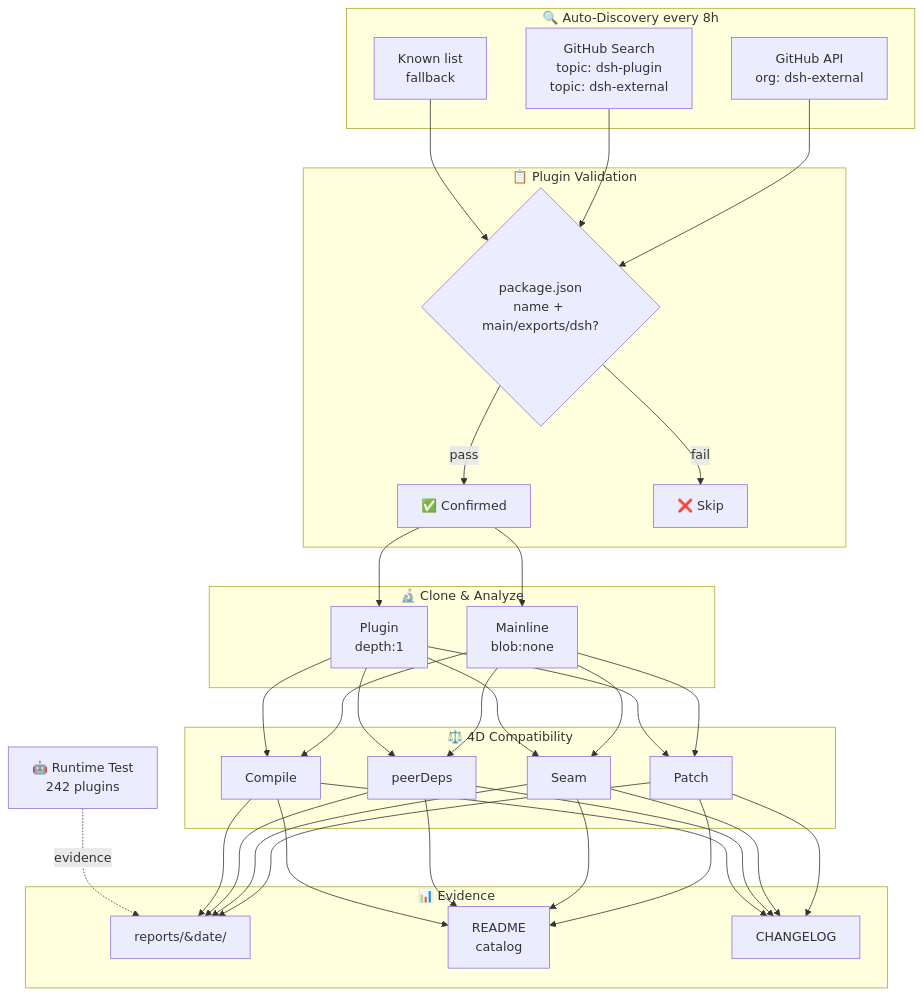
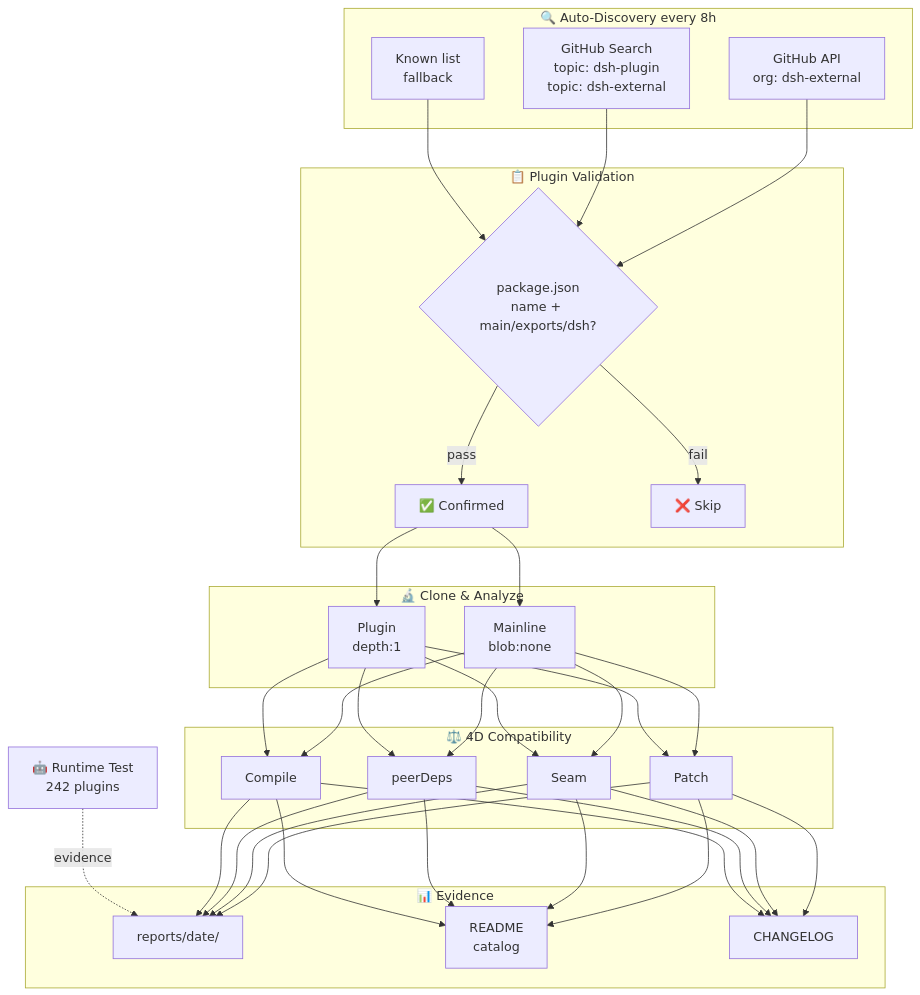
The diagram in README.en-US.md (AdamPlatin123/awesome-dsh-plugins), drawn with Mermaid before and after one commit. The commit also changed 1 other file, not shown here.

Commit message:
fix: mermaid 架构图兼容 mermaid 8.x/9.x——emoji 与含斜杠标签加引号；英文版去除 &#8203; 零宽空格补丁

````diff
--- a/README.en-US.md
+++ b/README.en-US.md
@@ -16,36 +16,36 @@
 ```mermaid
 graph TB
     subgraph Discovery["🔍 Auto-Discovery every 8h"]
-        A1[GitHub API<br/>org: dsh-external]
-        A2[GitHub Search<br/>topic: dsh-plugin<br/>topic: dsh-external]
-        A3[Known list<br/>fallback]
+        A1["GitHub API<br/>org: dsh-external"]
+        A2["GitHub Search<br/>topic: dsh-plugin<br/>topic: dsh-external"]
+        A3["Known list<br/>fallback"]
     end
     subgraph Validation["📋 Plugin Validation"]
-        B1{package.json<br/>name + main/exports/dsh?}
-        B1 -->|pass| B2[✅ Confirmed]
-        B1 -->|fail| B3[❌ Skip]
+        B1{"package.json<br/>name + main/exports/dsh?"}
+        B1 -->|pass| B2["✅ Confirmed"]
+        B1 -->|fail| B3["❌ Skip"]
     end
     subgraph Analysis["🔬 Clone & Analyze"]
-        C1[Mainline<br/>blob:none]
-        C2[Plugin<br/>depth:1]
+        C1["Mainline<br/>blob:none"]
+        C2["Plugin<br/>depth:1"]
     end
     subgraph Compat["⚖️ 4D Compatibility"]
         D1[Patch]
         D2[Seam]
         D3[peerDeps]
         D4[Compile]
     end
     subgraph Output["📊 Evidence"]
-        E1[reports/&#8203;date/]
-        E2[README<br/>catalog]
+        E1["reports/date/"]
+        E2["README<br/>catalog"]
         E3[CHANGELOG]
     end
-    RT[🤖 Runtime Test<br/>242 plugins]
+    RT["🤖 Runtime Test<br/>242 plugins"]
     A1 --> B1
     A2 --> B1
     A3 --> B1
     B2 --> C1 & C2
     C1 & C2 --> D1 & D2 & D3 & D4
     D1 & D2 & D3 & D4 --> E1 & E2 & E3
     RT -.->|evidence| E1
 ```
````
